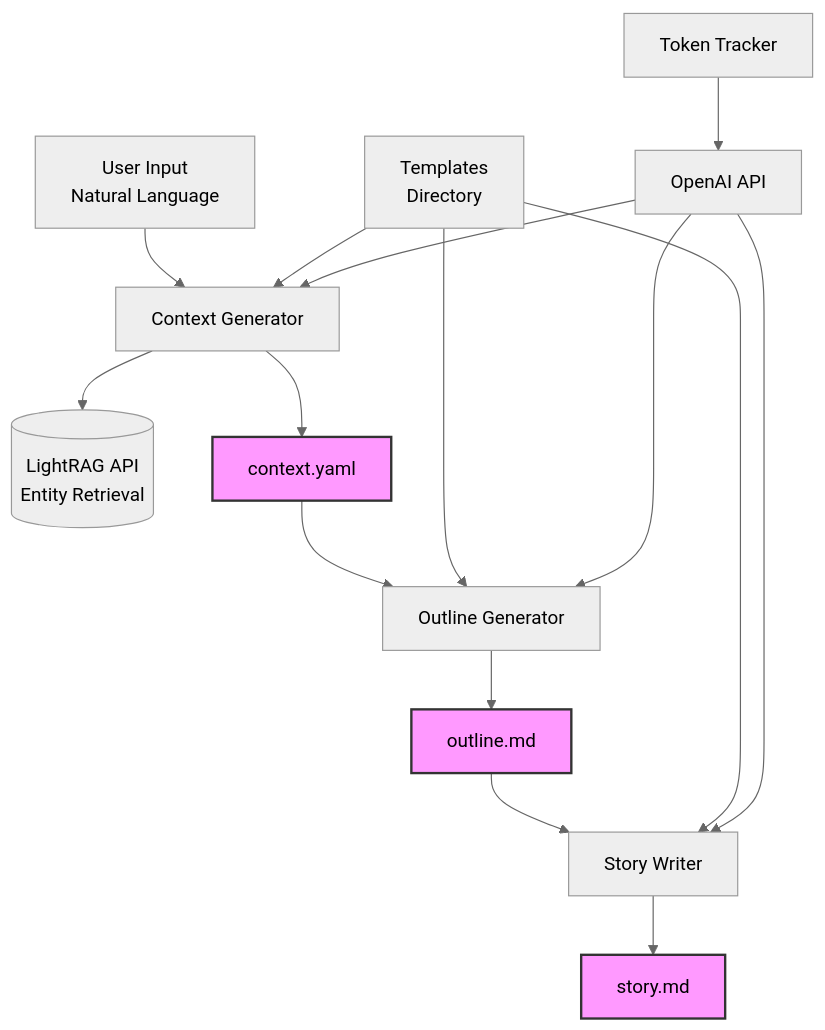
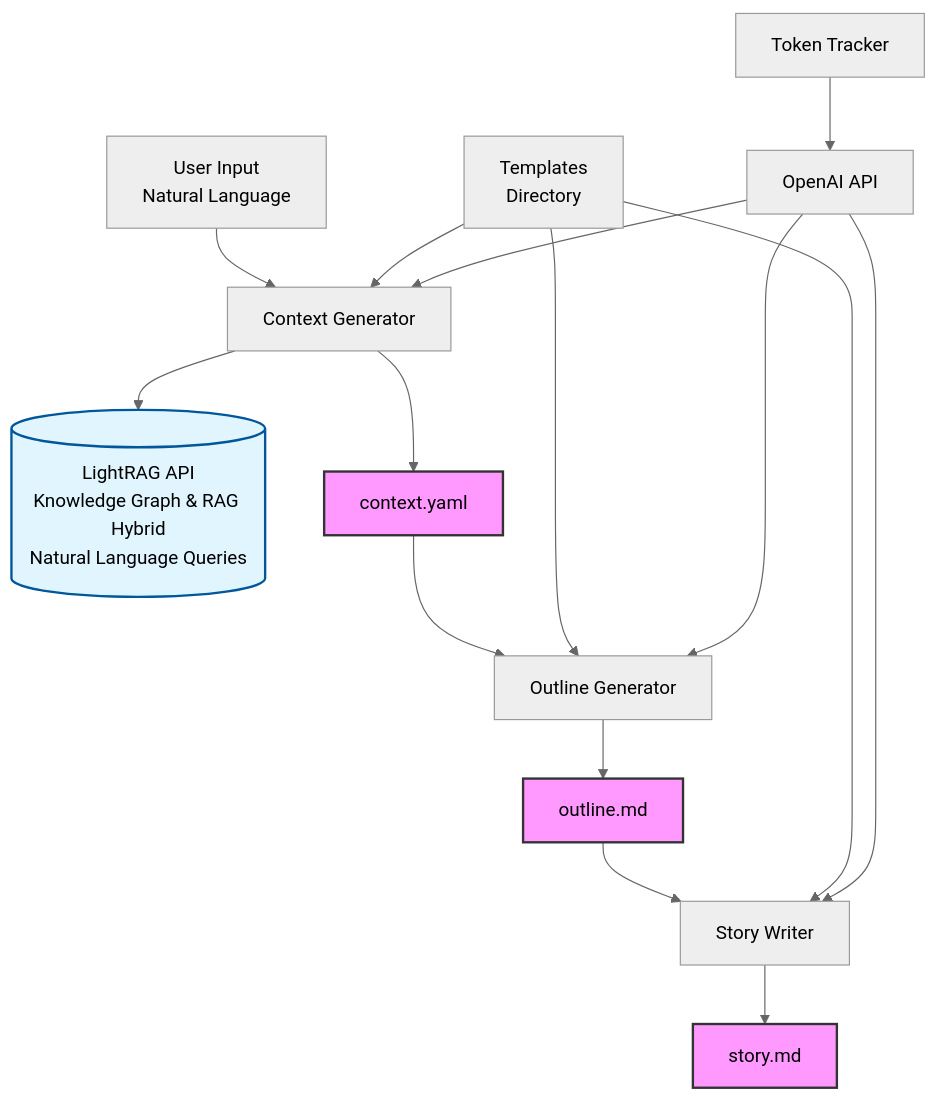
Before and after one commit to harms-haus/jestir: the diagram in docs/architecture/02-high-level-architecture.md, drawn with Mermaid (neutral theme). The commit also changed other lines of this file and 3 other files, not shown here.

Commit message:
Added better LightRAG api descriptions

````diff
--- a/docs/architecture/02-high-level-architecture.md
+++ b/docs/architecture/02-high-level-architecture.md
@@ -18,26 +20,27 @@
 ```mermaid
 graph TD
     A[User Input<br/>Natural Language] --> B[Context Generator]
-    B --> C[(LightRAG API<br/>Entity Retrieval)]
+    B --> C[(LightRAG API<br/>Knowledge Graph & RAG Hybrid<br/>Natural Language Queries)]
     B --> D[context.yaml]
 
     D --> E[Outline Generator]
     E --> F[outline.md]
 
     F --> G[Story Writer]
     G --> H[story.md]
 
     I[Templates<br/>Directory] --> B
     I --> E
     I --> G
 
     J[OpenAI API] --> B
     J --> E
     J --> G
 
     K[Token Tracker] --> J
 
     style D fill:#f9f,stroke:#333,stroke-width:2px
     style F fill:#f9f,stroke:#333,stroke-width:2px
     style H fill:#f9f,stroke:#333,stroke-width:2px
+    style C fill:#e1f5fe,stroke:#01579b,stroke-width:2px
 ```
````
